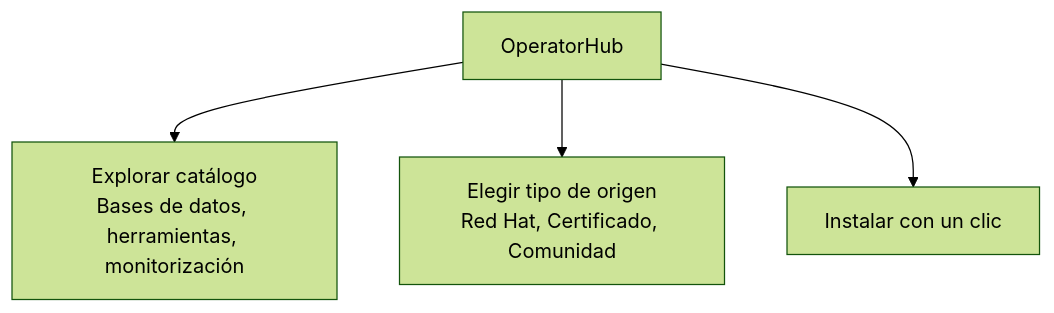
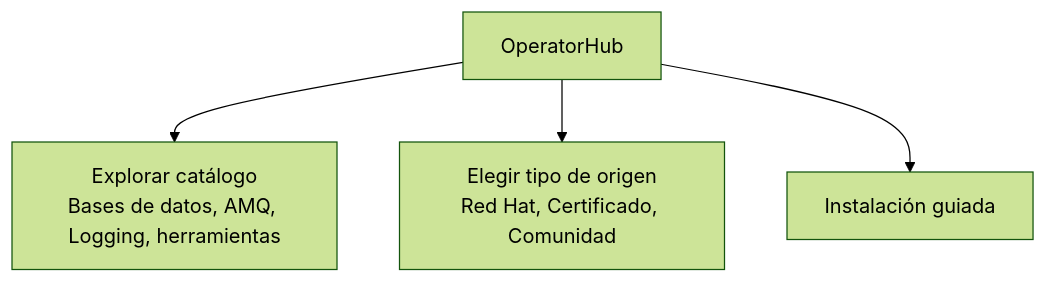
Before and after one commit to ieftraining/curso-openshift: the second of 3 diagrams in docs/sesion3/3.7 Operadores.md, drawn with Mermaid (forest theme). The commit also changed other lines of this file, not shown here.

````diff
--- a/docs/sesion3/3.7 Operadores.md
+++ b/docs/sesion3/3.7 Operadores.md
@@ -48,6 +46,6 @@
 ```mermaid
 flowchart TD
-    A[OperatorHub] --> B[Explorar catálogo<br>Bases de datos, herramientas, monitorización]
+    A[OperatorHub] --> B[Explorar catálogo<br>Bases de datos, AMQ, Logging, herramientas]
     A --> C[Elegir tipo de origen<br>Red Hat, Certificado, Comunidad]
-    A --> D[Instalar con un clic]
+    A --> D[Instalación guiada]
 ```
````
